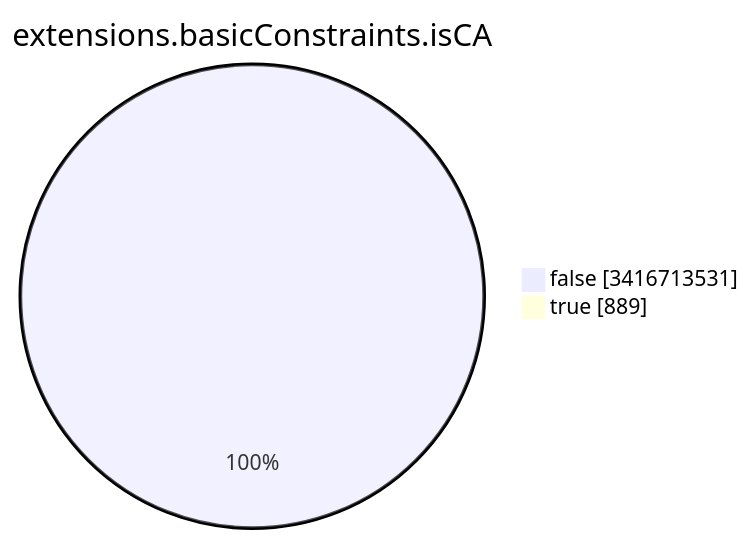
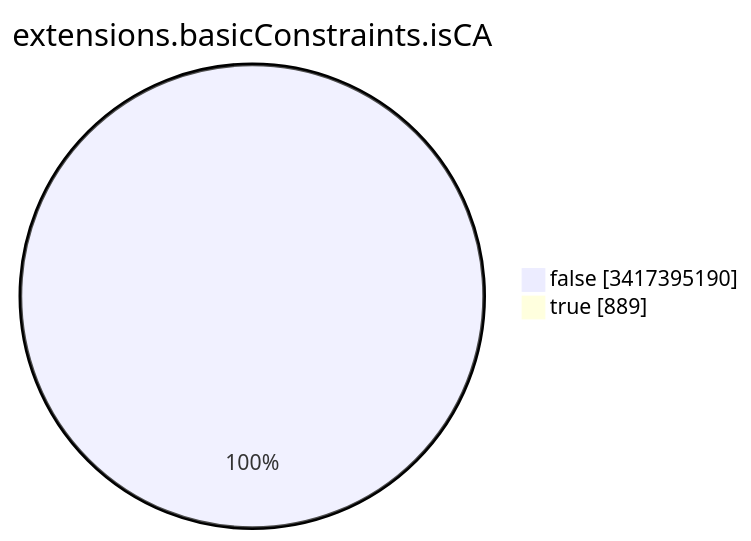
One commit to christiankrug/ctmonitor_visualization changed the seventh of 15 diagrams in TOTAL/README.md. Above: the diagram before and after it, drawn with Mermaid. The commit also changed other lines of this file, not shown here.

````diff
--- a/TOTAL/README.md
+++ b/TOTAL/README.md
@@ -3092,6 +3092,6 @@
 ```mermaid
 pie showData
 title extensions.basicConstraints.isCA
-"false" :3416713531
+"false" :3417395190
 "true" :889
 ```
````
